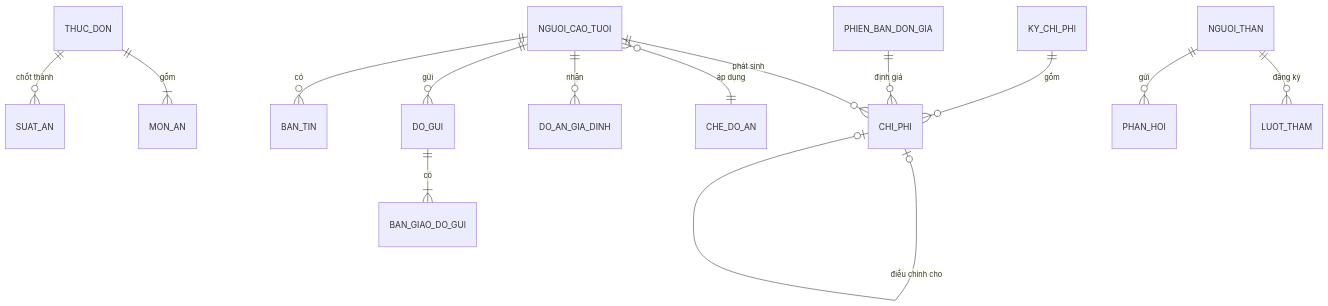
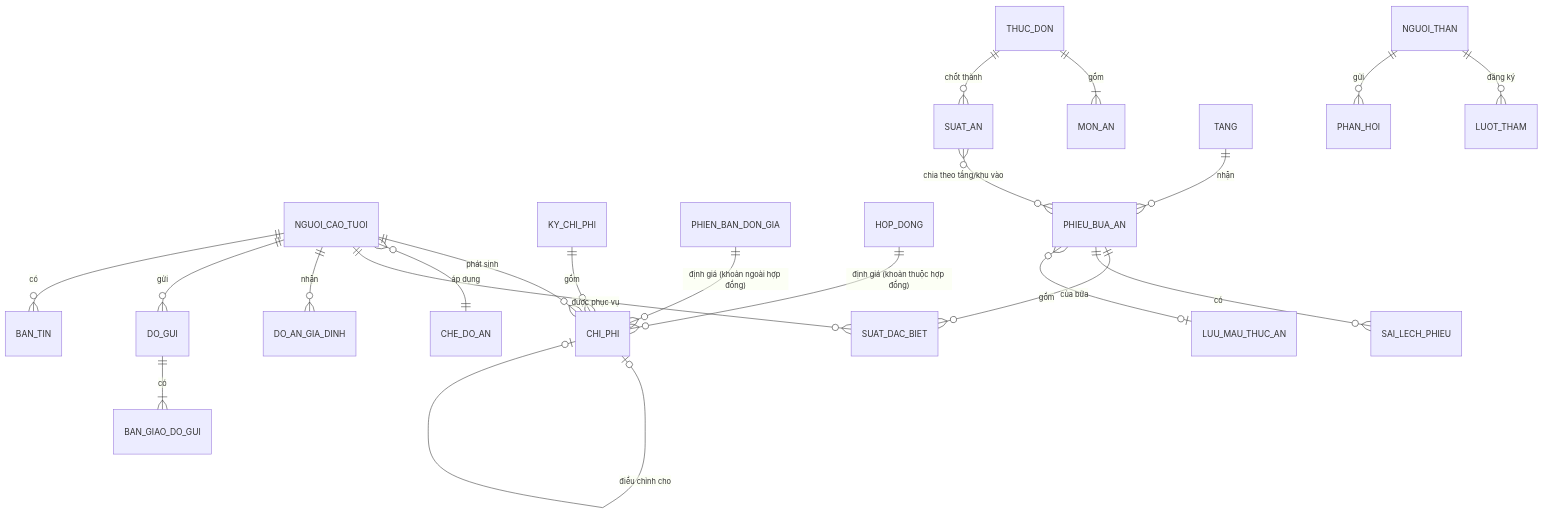
The tenth of 17 diagrams in docs/phan-tich-yeu-cau.md (longdvhe170204/Elder_Care), drawn with Mermaid before and after one commit. The commit also changed other lines of this file and 16 other files, not shown here.

````diff
--- a/docs/phan-tich-yeu-cau.md
+++ b/docs/phan-tich-yeu-cau.md
@@ -314,16 +324,23 @@
 ```mermaid
 erDiagram
     NGUOI_CAO_TUOI ||--o{ CHI_PHI : "phát sinh"
     KY_CHI_PHI ||--o{ CHI_PHI : "gồm"
     CHI_PHI |o--o| CHI_PHI : "điều chỉnh cho"
-    PHIEN_BAN_DON_GIA ||--o{ CHI_PHI : "định giá"
+    PHIEN_BAN_DON_GIA ||--o{ CHI_PHI : "định giá (khoản ngoài hợp đồng)"
+    HOP_DONG ||--o{ CHI_PHI : "định giá (khoản thuộc hợp đồng)"
     NGUOI_CAO_TUOI }o--|| CHE_DO_AN : "áp dụng"
     THUC_DON ||--|{ MON_AN : "gồm"
     THUC_DON ||--o{ SUAT_AN : "chốt thành"
+    SUAT_AN }o--o{ PHIEU_BUA_AN : "chia theo tầng/khu vào"
+    TANG ||--o{ PHIEU_BUA_AN : "nhận"
+    PHIEU_BUA_AN ||--o{ SUAT_DAC_BIET : "gồm"
+    NGUOI_CAO_TUOI ||--o{ SUAT_DAC_BIET : "được phục vụ"
+    PHIEU_BUA_AN ||--o{ SAI_LECH_PHIEU : "có"
+    PHIEU_BUA_AN }o--o| LUU_MAU_THUC_AN : "của bữa"
     NGUOI_CAO_TUOI ||--o{ DO_AN_GIA_DINH : "nhận"
     NGUOI_CAO_TUOI ||--o{ DO_GUI : "gửi"
     DO_GUI ||--|{ BAN_GIAO_DO_GUI : "có"
     NGUOI_THAN ||--o{ LUOT_THAM : "đăng ký"
     NGUOI_THAN ||--o{ PHAN_HOI : "gửi"
     NGUOI_CAO_TUOI ||--o{ BAN_TIN : "có"
 ```
````
